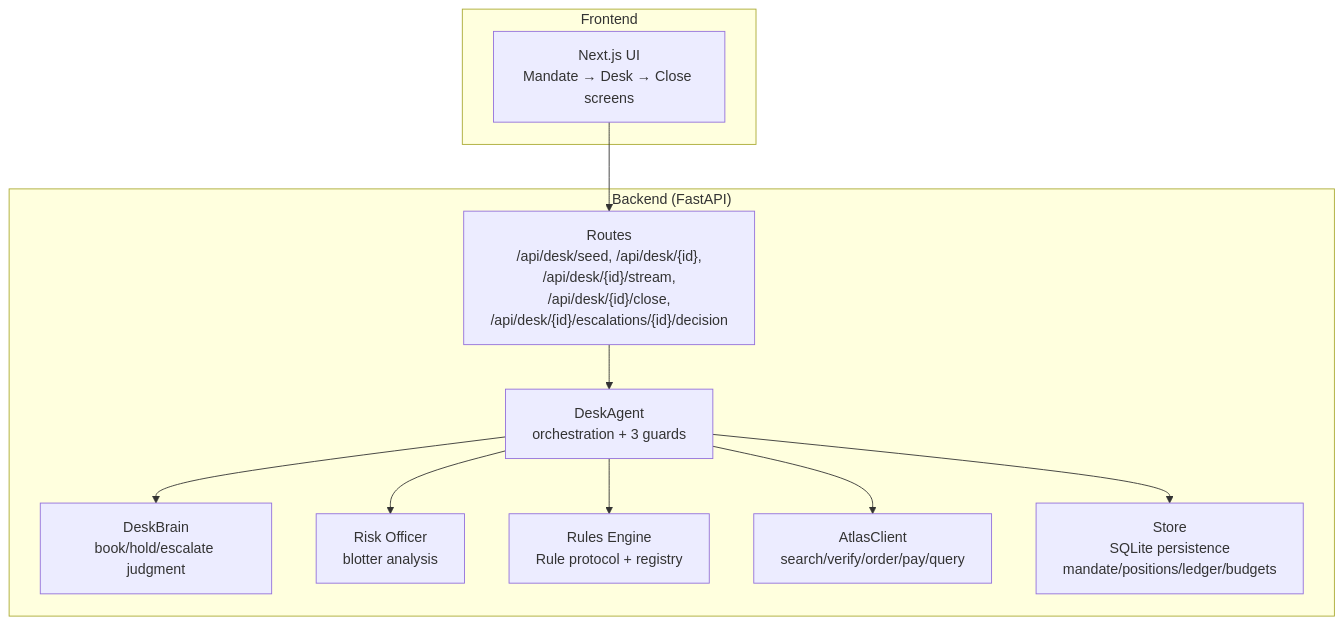
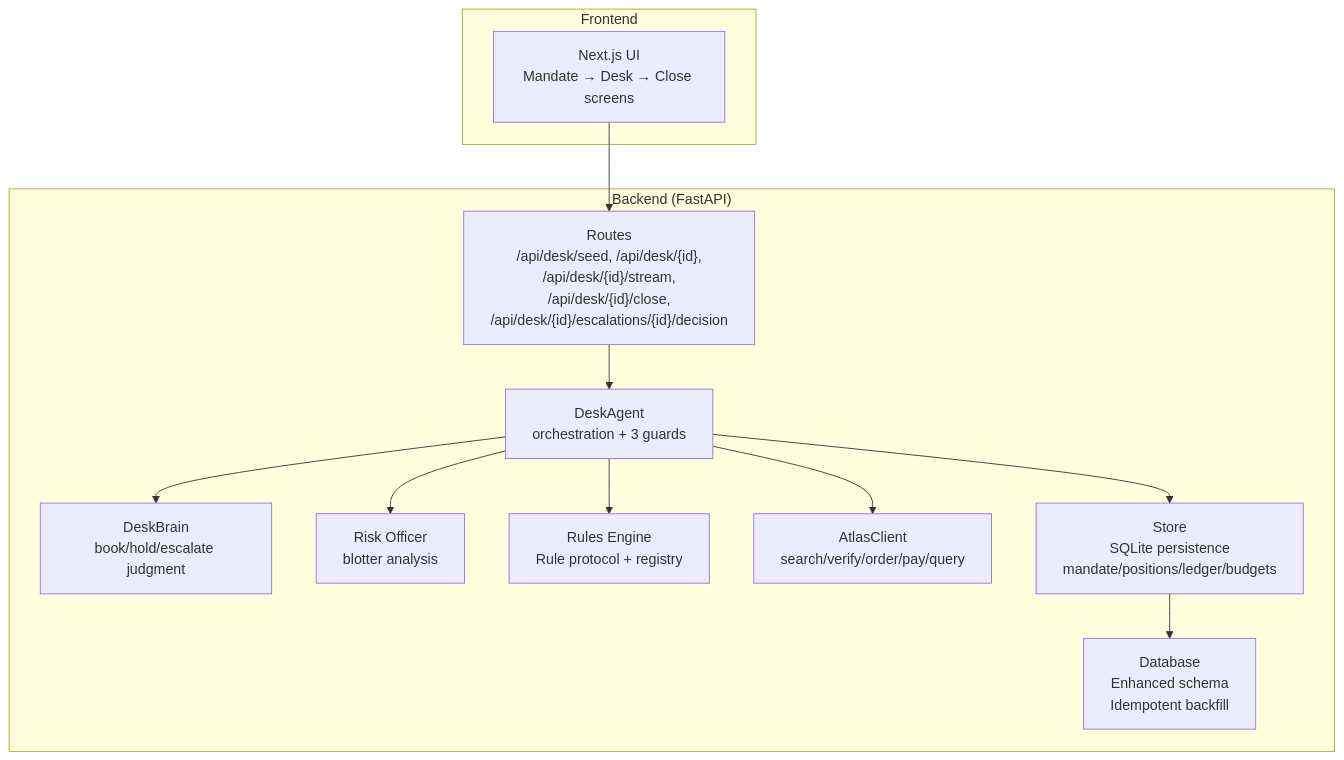
The first of 8 diagrams in .qoder/repowiki/en/content/Program Design/Program Design.md (jaydonnnk/waypoint), drawn with Mermaid before and after one commit. The commit also changed other lines of this file and 36 other files, not shown here.

````diff
--- a/.qoder/repowiki/en/content/Program Design/Program Design.md
+++ b/.qoder/repowiki/en/content/Program Design/Program Design.md
@@ -54,22 +56,24 @@
 ```mermaid
 graph TB
 subgraph "Frontend"
 FE["Next.js UI<br/>Mandate → Desk → Close screens"]
 end
 subgraph "Backend (FastAPI)"
 API["Routes<br/>/api/desk/seed, /api/desk/{id},<br/>/api/desk/{id}/stream,<br/>/api/desk/{id}/close,<br/>/api/desk/{id}/escalations/{id}/decision"]
 DeskAgent["DeskAgent<br/>orchestration + 3 guards"]
 DeskBrain["DeskBrain<br/>book/hold/escalate judgment"]
 Auditor["Risk Officer<br/>blotter analysis"]
 Rules["Rules Engine<br/>Rule protocol + registry"]
 Atlas["AtlasClient<br/>search/verify/order/pay/query"]
 Store["Store<br/>SQLite persistence<br/>mandate/positions/ledger/budgets"]
+DB["Database<br/>Enhanced schema<br/>Idempotent backfill"]
 end
 FE --> API
 API --> DeskAgent
 DeskAgent --> DeskBrain
 DeskAgent --> Rules
 DeskAgent --> Auditor
 DeskAgent --> Atlas
 DeskAgent --> Store
+Store --> DB
 ```
````
